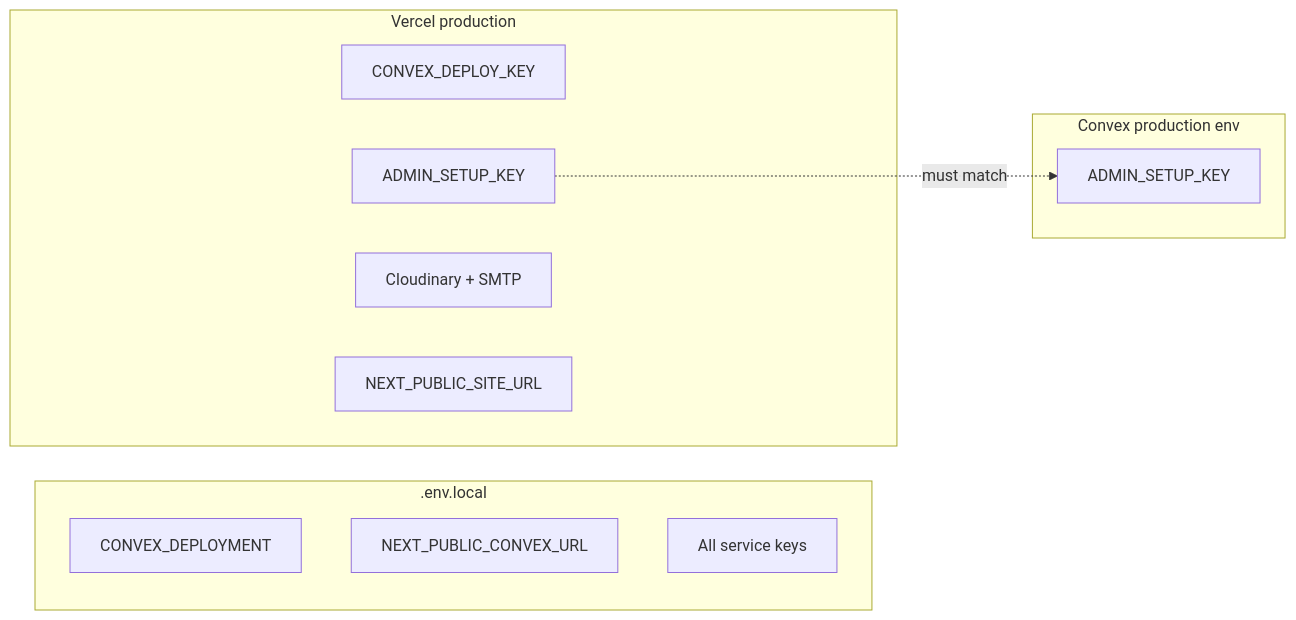
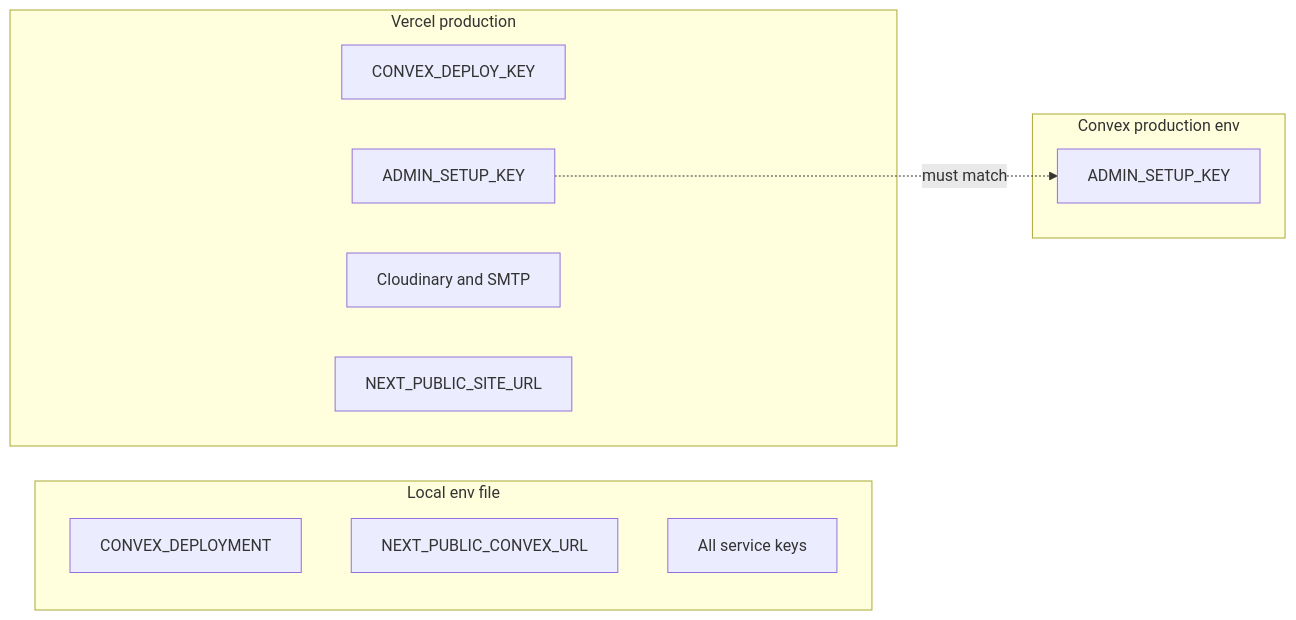
Diagram 12 of 15 in README.md (mawlid1431/Portfolio), drawn with Mermaid before and after one commit. The commit also changed other lines of this file, not shown here.

````diff
--- a/README.md
+++ b/README.md
@@ -498,21 +517,21 @@
 ```mermaid
 flowchart LR
-  subgraph Local[".env.local"]
+  subgraph LocalEnv["Local env file"]
     L1["CONVEX_DEPLOYMENT"]
     L2["NEXT_PUBLIC_CONVEX_URL"]
     L3["All service keys"]
   end
 
-  subgraph Vercel["Vercel production"]
+  subgraph VercelEnv["Vercel production"]
     V1["CONVEX_DEPLOY_KEY"]
     V2["ADMIN_SETUP_KEY"]
-    V3["Cloudinary + SMTP"]
+    V3["Cloudinary and SMTP"]
     V4["NEXT_PUBLIC_SITE_URL"]
   end
 
   subgraph ConvexProd["Convex production env"]
     C1["ADMIN_SETUP_KEY"]
   end
 
   V2 -.->|must match| C1
 ```
````
